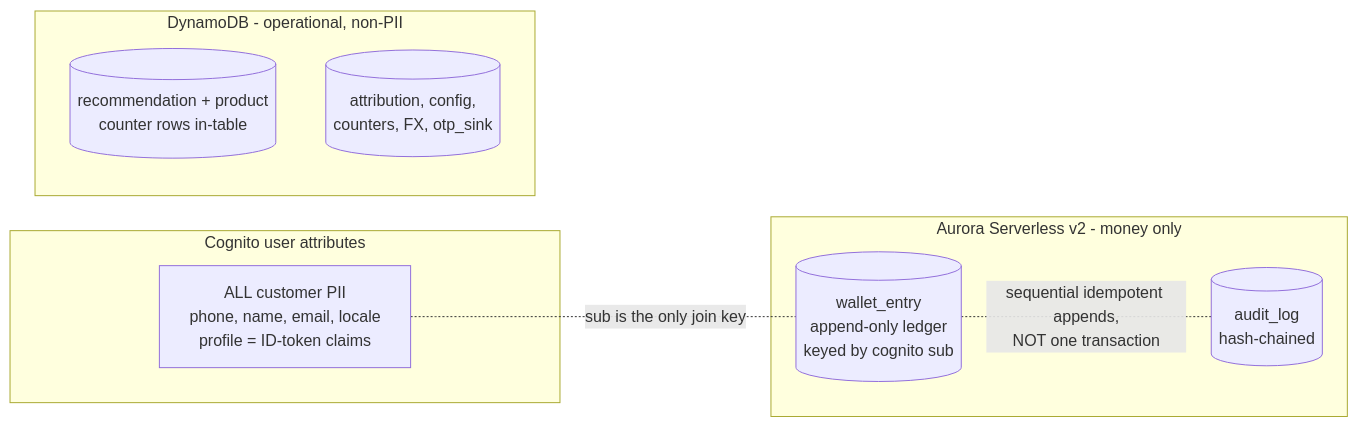
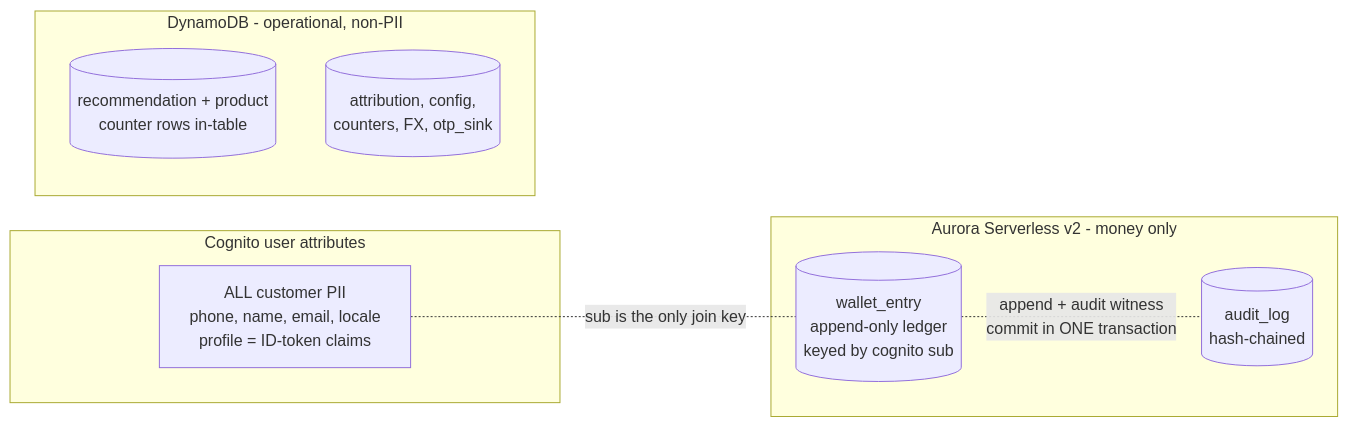
The seventh of 7 diagrams in slides/presentation.md (wanthat-app/monorepo), drawn with Mermaid before and after one commit. The commit also changed other lines of this file and 7 other files, not shown here.

First line of the commit message:
feat(ledger-writer): wallet append + audit witness commit in one transaction (#205)

````diff
--- a/slides/presentation.md
+++ b/slides/presentation.md
@@ -616,16 +619,16 @@
 ```mermaid
 flowchart LR
   subgraph cog["Cognito user attributes"]
     pii["ALL customer PII<br>phone, name, email, locale<br>profile = ID-token claims"]
   end
   subgraph pg["Aurora Serverless v2 - money only"]
     wallet[("wallet_entry<br>append-only ledger<br>keyed by cognito sub")]
     audit[("audit_log<br>hash-chained")]
   end
   subgraph dyn["DynamoDB - operational, non-PII"]
     rec[("recommendation + product<br>counter rows in-table")]
     ops[("attribution, config,<br>counters, FX, otp_sink")]
   end
   pii -. "sub is the only join key" .- wallet
-  wallet -. "sequential idempotent appends,<br>NOT one transaction" .- audit
+  wallet -. "append + audit witness<br>commit in ONE transaction" .- audit
 ```
````
